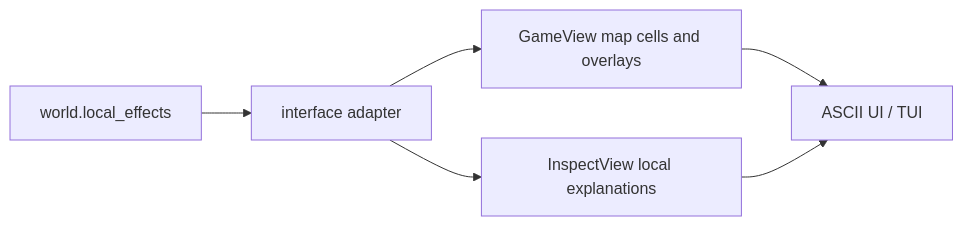
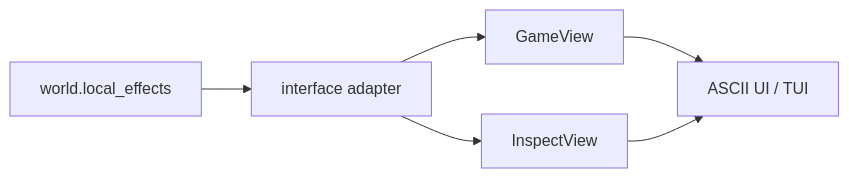
Before and after one commit to alfredoyang/small_city: the fifth of 5 diagrams in docs/local-effects-threading-model.md, drawn with Mermaid. The commit also changed other lines of this file and 3 other files, not shown here.

First line of the commit message:
• Implemented Mission: local-effects worker-side computation.

````diff
--- a/docs/local-effects-threading-model.md
+++ b/docs/local-effects-threading-model.md
@@ -216,8 +250,8 @@
 ```mermaid
 flowchart LR
-    A[world.local_effects] --> B[interface adapter]
-    B --> C[GameView map cells and overlays]
-    B --> D[InspectView local explanations]
-    C --> E[ASCII UI / TUI]
+    A["world.local_effects"] --> B["interface adapter"]
+    B --> C["GameView"]
+    B --> D["InspectView"]
+    C --> E["ASCII UI / TUI"]
     D --> E
 ```
````
